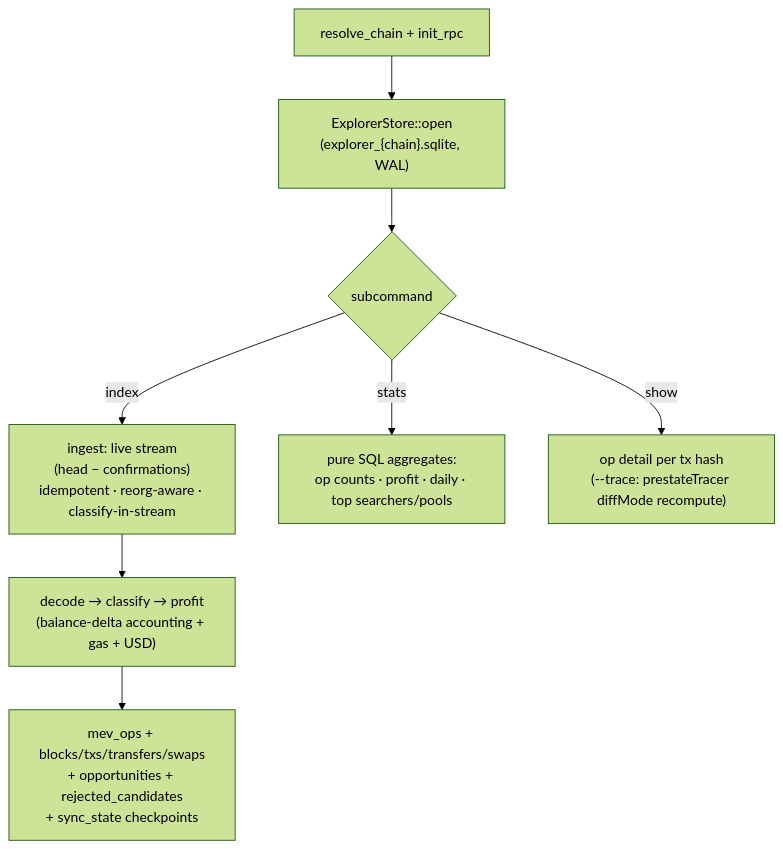
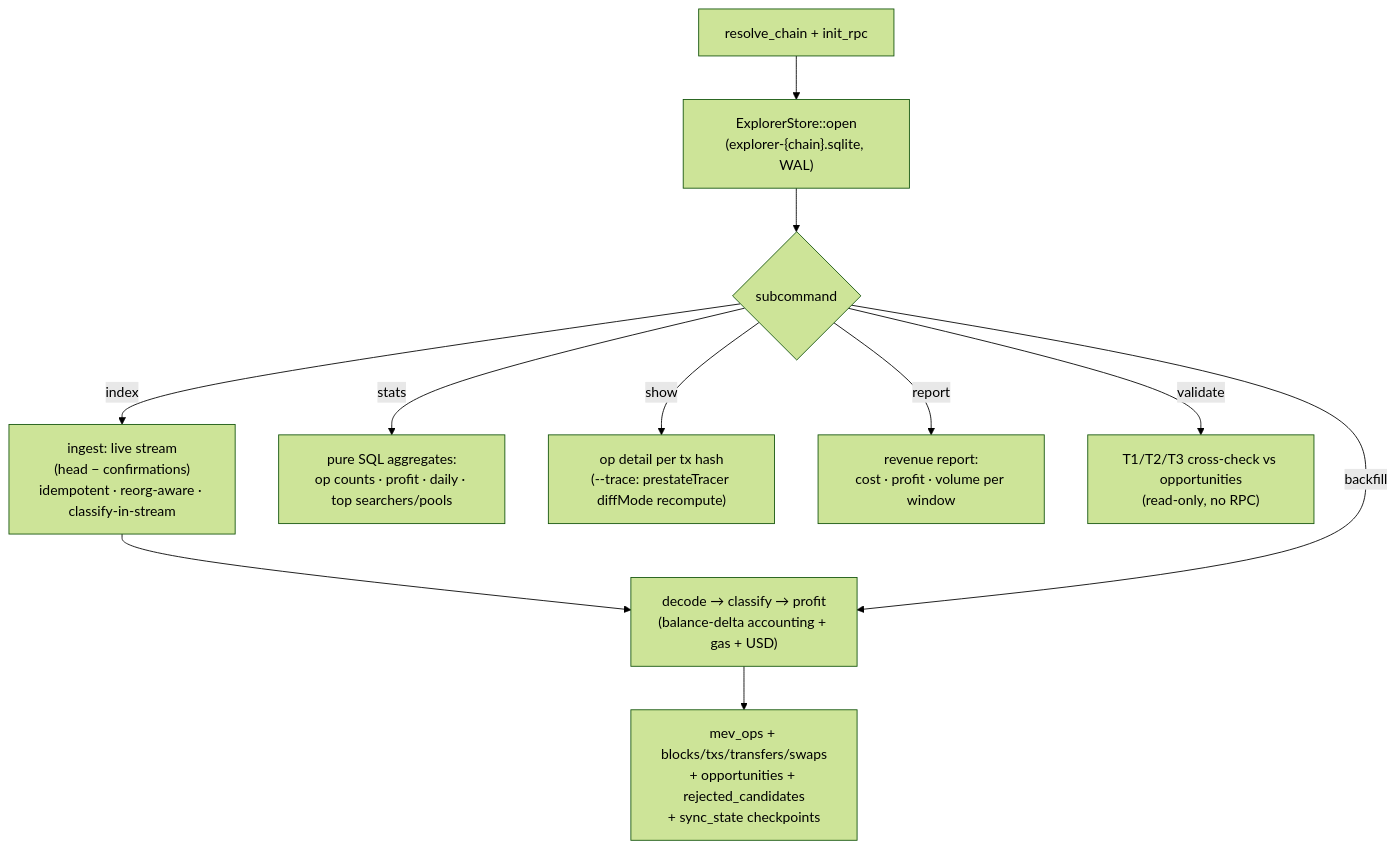
One commit to moha-moradi/mev-scout changed the tenth of 11 diagrams in docs/ARCHITECTURE.md. Above: the diagram before and after it, drawn with Mermaid (forest theme). The commit also changed other lines of this file and 41 other files, not shown here.

````diff
--- a/docs/ARCHITECTURE.md
+++ b/docs/ARCHITECTURE.md
@@ -424,10 +427,13 @@
 ```mermaid
 flowchart TB
-    A["resolve_chain + init_rpc"] --> B["ExplorerStore::open<br/>(explorer_{chain}.sqlite, WAL)"]
+    A["resolve_chain + init_rpc"] --> B["ExplorerStore::open<br/>(explorer-{chain}.sqlite, WAL)"]
     B --> C{"subcommand"}
     C -- index --> E["ingest: live stream<br/>(head − confirmations)<br/>idempotent · reorg-aware · classify-in-stream"]
     E --> F["decode → classify → profit<br/>(balance-delta accounting + gas + USD)"]
+    C -- backfill --> F
     C -- stats --> H["pure SQL aggregates:<br/>op counts · profit · daily · top searchers/pools"]
     C -- show --> I["op detail per tx hash<br/>(--trace: prestateTracer diffMode recompute)"]
+    C -- report --> R["revenue report:<br/>cost · profit · volume per window"]
+    C -- validate --> V["T1/T2/T3 cross-check vs opportunities<br/>(read-only, no RPC)"]
     F --> L["mev_ops + blocks/txs/transfers/swaps<br/>+ opportunities + rejected_candidates<br/>+ sync_state checkpoints"]
 ```
````
